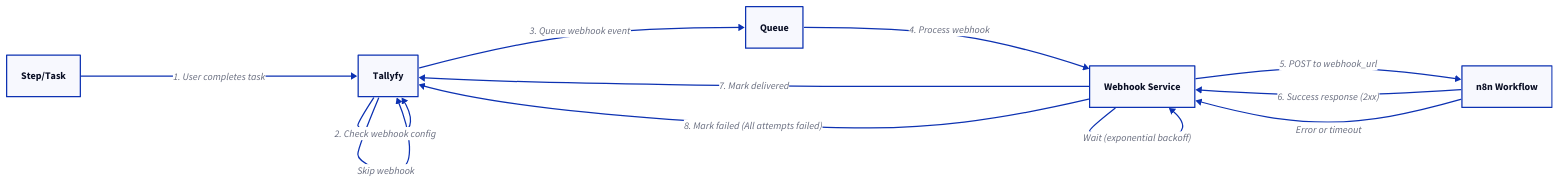
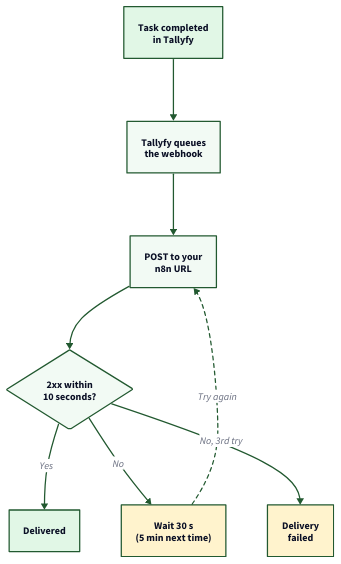
One commit to tallyfy/documentation changed the second of 2 diagrams in src/content/docs/pro/integrations/middleware/n8n/connecting-n8n-to-tallyfy.mdx. Above: the diagram before and after it, drawn with D2. The commit also changed other lines of this file and 55 other files, not shown here.

First line of the commit message:
Redraw the help docs' diagrams so they read at full size, and fix the wrong ones (#508)

````diff
--- a/src/content/docs/pro/integrations/middleware/n8n/connecting-n8n-to-tallyfy.mdx
+++ b/src/content/docs/pro/integrations/middleware/n8n/connecting-n8n-to-tallyfy.mdx
@@ -273,30 +274,63 @@
 ```d2
-direction: right
+# How a Tallyfy event reaches n8n
+direction: down
 
-S: Step/Task
-T: Tallyfy
-Q: Queue
-W: Webhook Service
-n8n: n8n Workflow
+Event: "Task completed\nin Tallyfy" {
+  style.fill: "#e1f7e6"
+  style.stroke: "#225930"
+}
 
-S -> T: 1. User completes task
-T -> T: 2. Check webhook config
+Queue: "Tallyfy queues\nthe webhook" {
+  style.fill: "#f2faf4"
+  style.stroke: "#225930"
+}
 
-T -> Q: "3. Queue webhook event"
-T -> T: "Skip webhook"
+Post: "POST to your\nn8n URL" {
+  style.fill: "#f2faf4"
+  style.stroke: "#225930"
+}
 
-Q -> W: 4. Process webhook
+Check: "2xx within\n10 seconds?" {
+  shape: diamond
+  style.fill: "#f2faf4"
+  style.stroke: "#225930"
+}
 
-W -> n8n: "5. POST to webhook_url" {
+Done: "Delivered" {
+  style.fill: "#e1f7e6"
+  style.stroke: "#225930"
 }
-# Timeout: 30 seconds
-n8n -> W: "6. Success response (2xx)"
-W -> T: "7. Mark delivered"
-# Log success
-n8n -> W: "Error or timeout"
-W -> W: "Wait (exponential backoff)"
-# 1st: 1min 2nd: 5min 3rd: 15min
 
-W -> T: "8. Mark failed (All attempts failed)"
-# Alert administrators
+Retry: "Wait 30 s\n(5 min next time)" {
+  style.fill: "#fff3cd"
+  style.stroke: "#225930"
+}
+
+Fail: "Delivery\nfailed" {
+  style.fill: "#fff3cd"
+  style.stroke: "#225930"
+}
+
+Event -> Queue: {
+  style.stroke: "#225930"
+}
+Queue -> Post: {
+  style.stroke: "#225930"
+}
+Post -> Check: {
+  style.stroke: "#225930"
+}
+Check -> Done: "Yes" {
+  style.stroke: "#225930"
+}
+Check -> Retry: "No" {
+  style.stroke: "#225930"
+}
+Retry -> Post: "Try again" {
+  style.stroke: "#225930"
+  style.stroke-dash: 3
+}
+Check -> Fail: "No, 3rd try" {
+  style.stroke: "#225930"
+}
 ```
````
